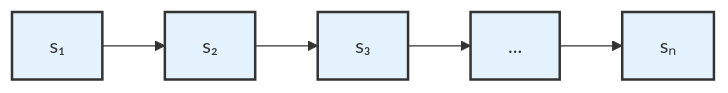
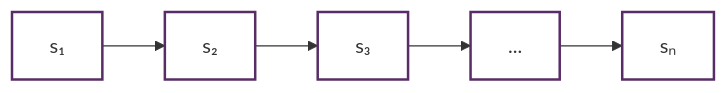
One commit to vuhung16au/nlp-learning-journey changed the first of 4 diagrams in docs/HMM.md. Above: the diagram before and after it, drawn with Mermaid. The commit also changed other lines of this file, not shown here.

Commit message:
Fix diagram issues: Replace plaintext diagrams with Mermaid and update color scheme

````diff
--- a/docs/HMM.md
+++ b/docs/HMM.md
@@ -104,13 +104,13 @@
 ```mermaid
 graph LR
     A[s₁] --> B[s₂]
     B --> C[s₃]
     C --> D[...]
     D --> E[sₙ]
     
-    style A fill:#e3f2fd,stroke:#333,stroke-width:2px
-    style B fill:#e3f2fd,stroke:#333,stroke-width:2px
-    style C fill:#e3f2fd,stroke:#333,stroke-width:2px
-    style D fill:#e3f2fd,stroke:#333,stroke-width:2px
-    style E fill:#e3f2fd,stroke:#333,stroke-width:2px
+    style A fill:#FFFFFF,stroke:#582C67,color:#333,stroke-width:2px
+    style B fill:#FFFFFF,stroke:#582C67,color:#333,stroke-width:2px
+    style C fill:#FFFFFF,stroke:#582C67,color:#333,stroke-width:2px
+    style D fill:#FFFFFF,stroke:#582C67,color:#333,stroke-width:2px
+    style E fill:#FFFFFF,stroke:#582C67,color:#333,stroke-width:2px
 ```
````
